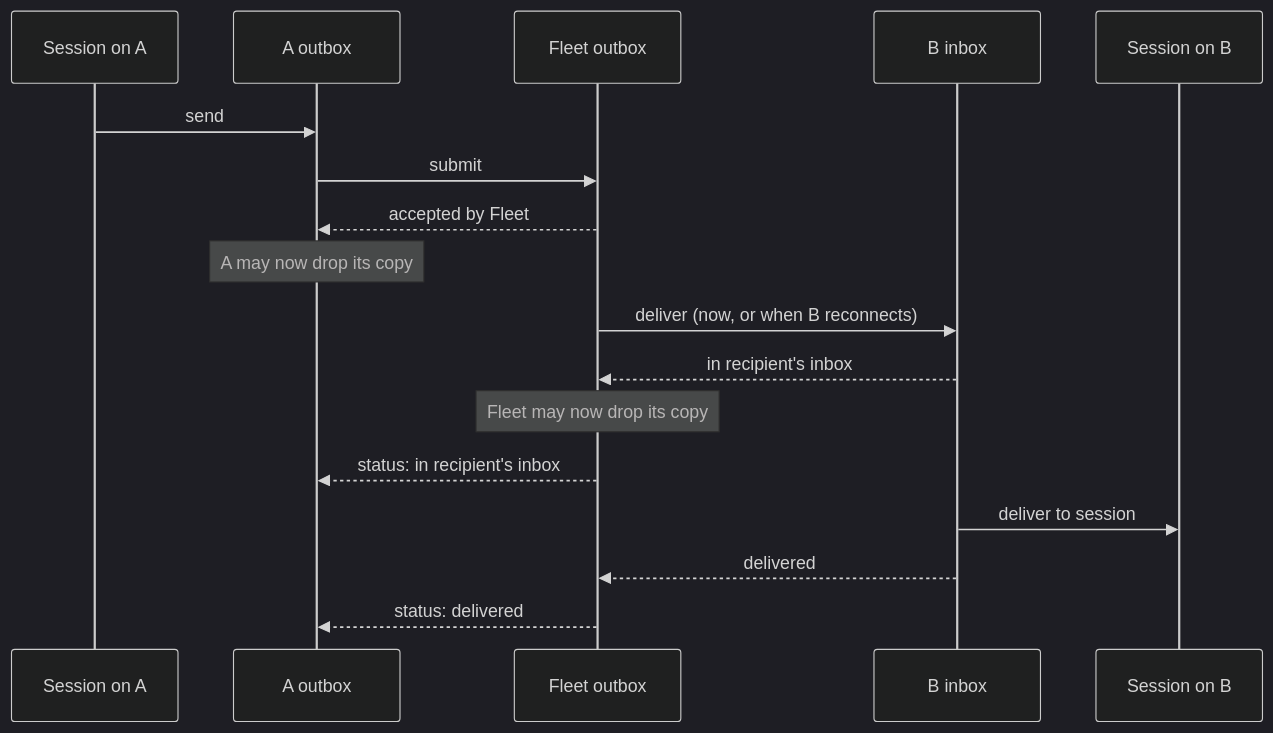
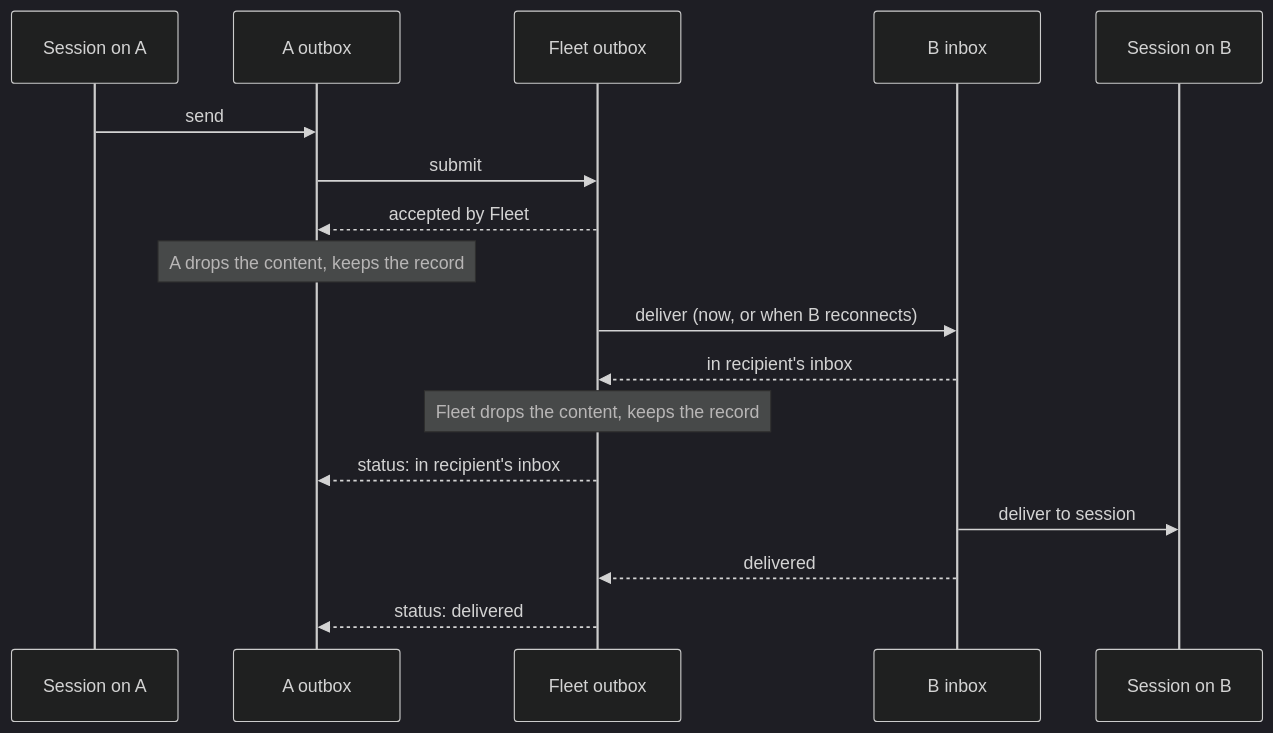
The diagram in docs/specs/2026-11-02-central-storage-reset/specification/mail.md (agent-collaboration/agent-collaboration), drawn with Mermaid (dark theme) before and after one commit. The commit also changed other lines of this file, not shown here.

Commit message:
docs: mail spec — best-effort session hand-off with unknown; content vs record retention

````diff
--- a/docs/specs/2026-11-02-central-storage-reset/specification/mail.md
+++ b/docs/specs/2026-11-02-central-storage-reset/specification/mail.md
@@ -5,19 +5,19 @@
 ```mermaid
 sequenceDiagram
   participant S as Session on A
   participant AO as A outbox
   participant FO as Fleet outbox
   participant BI as B inbox
   participant T as Session on B
   S->>AO: send
   AO->>FO: submit
   FO-->>AO: accepted by Fleet
-  Note over AO: A may now drop its copy
+  Note over AO: A drops the content, keeps the record
   FO->>BI: deliver (now, or when B reconnects)
   BI-->>FO: in recipient's inbox
-  Note over FO: Fleet may now drop its copy
+  Note over FO: Fleet drops the content, keeps the record
   FO-->>AO: status: in recipient's inbox
   BI->>T: deliver to session
   BI-->>FO: delivered
   FO-->>AO: status: delivered
 ```
````
